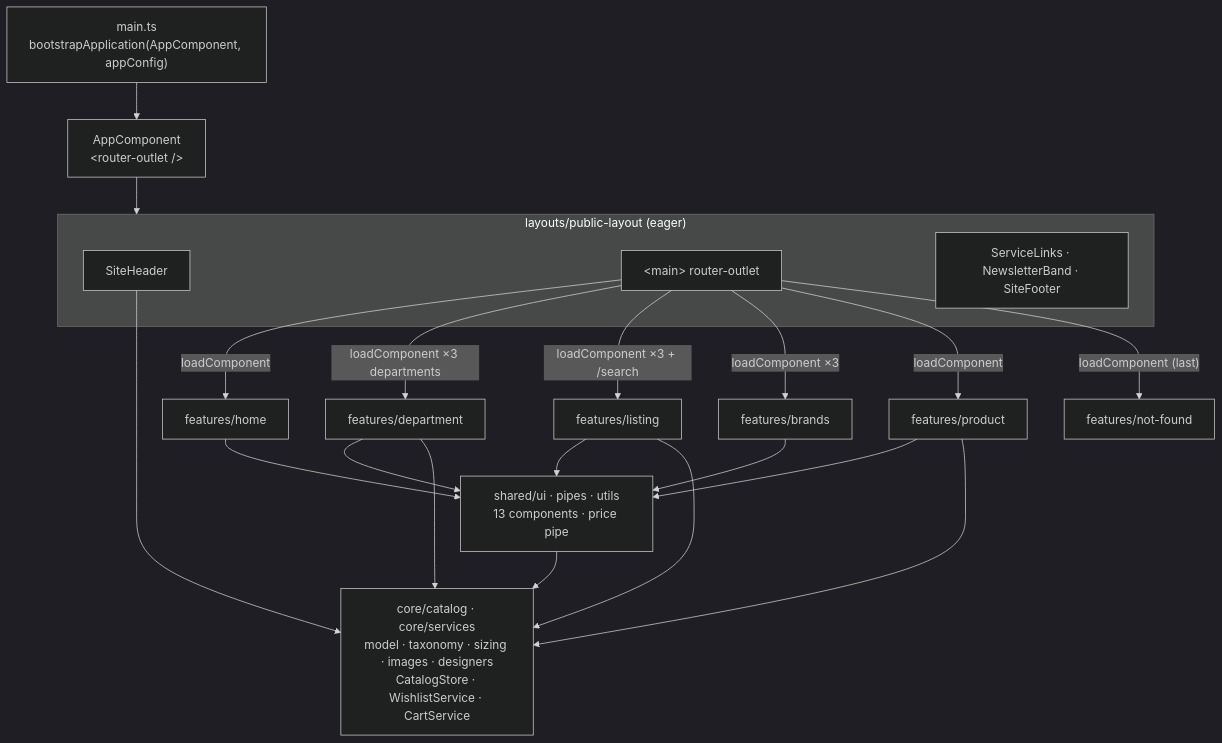
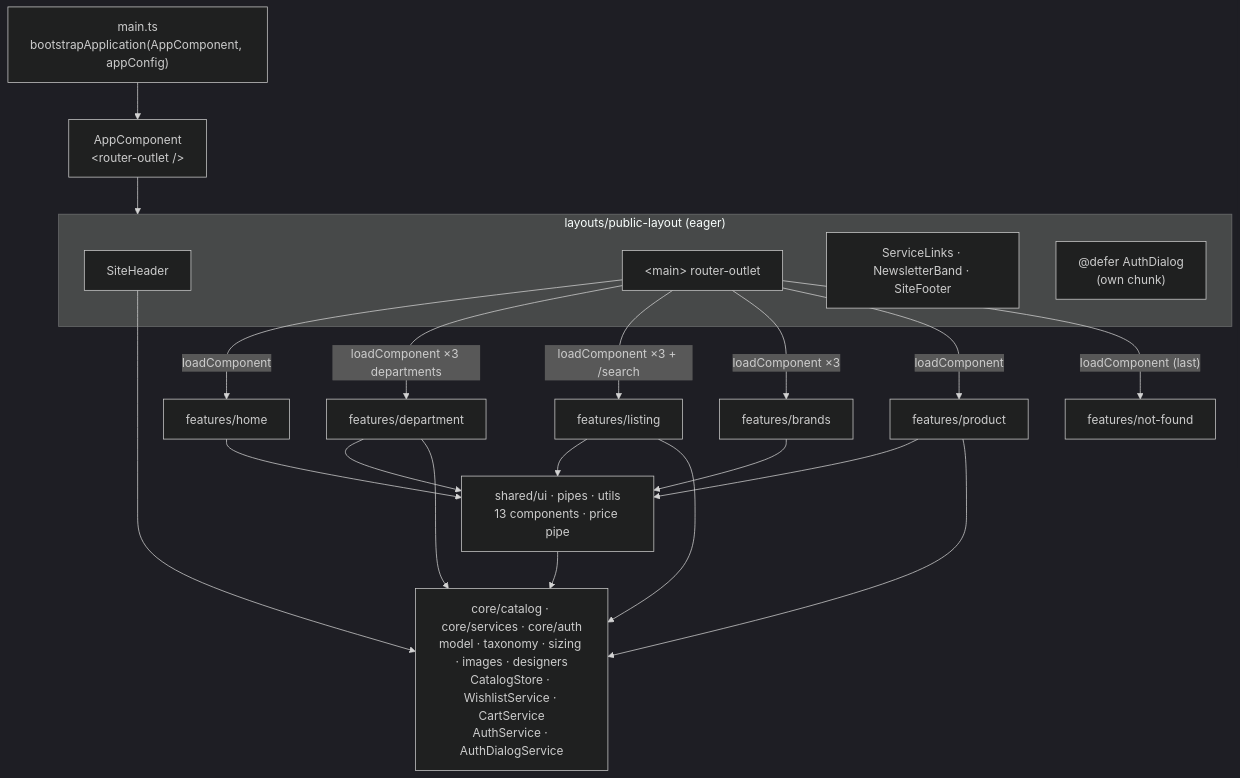
The first of 2 diagrams in README.md (CristianSifuentes/stitchFarfetchStoreOnline), drawn with Mermaid (dark theme) before and after one commit. The commit also changed other lines of this file and 19 other files, not shown here.

First line of the commit message:
feat(auth): Farfetch sign-in dialog

````diff
--- a/README.md
+++ b/README.md
@@ -149,32 +153,33 @@
 ```mermaid
 flowchart TD
     main["main.ts<br/>bootstrapApplication(AppComponent, appConfig)"] --> App["AppComponent<br/>&lt;router-outlet /&gt;"]
     App --> Layout
 
     subgraph Layout["layouts/public-layout (eager)"]
       Header["SiteHeader"]
       Outlet["&lt;main&gt; router-outlet"]
       Below["ServiceLinks · NewsletterBand · SiteFooter"]
+      Auth["@defer AuthDialog<br/>(own chunk)"]
     end
 
     Outlet -->|loadComponent| Home["features/home"]
     Outlet -->|"loadComponent ×3 departments"| Dept["features/department"]
     Outlet -->|"loadComponent ×3 + /search"| Listing["features/listing"]
     Outlet -->|"loadComponent ×3"| Brands["features/brands"]
     Outlet -->|loadComponent| Product["features/product"]
     Outlet -->|"loadComponent (last)"| NotFound["features/not-found"]
 
     Shared["shared/ui · pipes · utils<br/>13 components · price pipe"]
-    Core["core/catalog · core/services<br/>model · taxonomy · sizing · images · designers<br/>CatalogStore · WishlistService · CartService"]
+    Core["core/catalog · core/services · core/auth<br/>model · taxonomy · sizing · images · designers<br/>CatalogStore · WishlistService · CartService<br/>AuthService · AuthDialogService"]
 
     Home --> Shared
     Dept --> Shared
     Listing --> Shared
     Brands --> Shared
     Product --> Shared
     Shared --> Core
     Dept --> Core
     Listing --> Core
     Product --> Core
     Header --> Core
 ```
````
